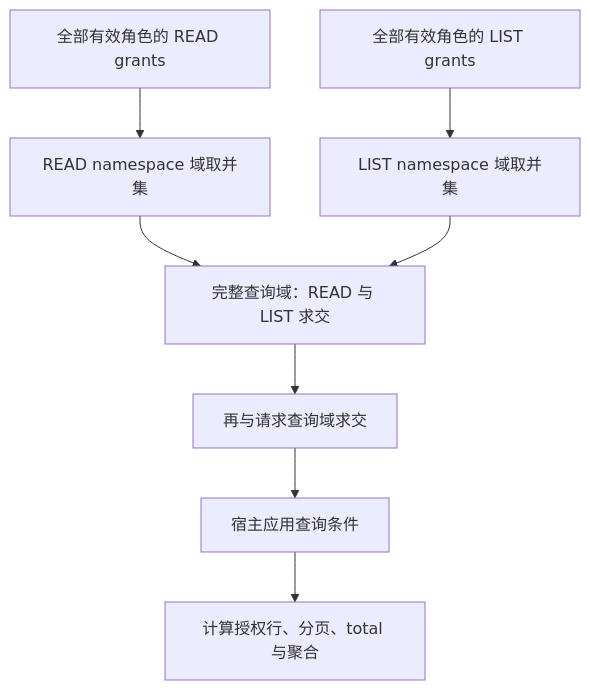
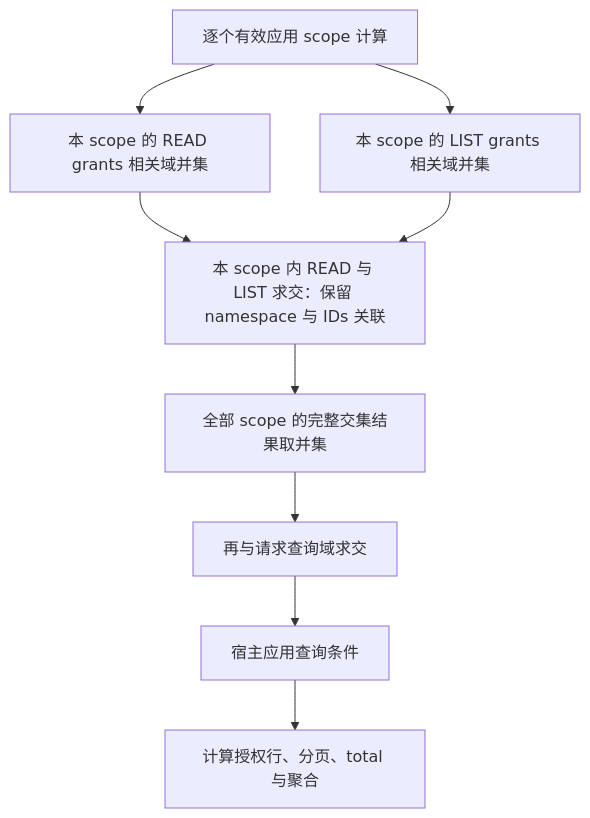
One commit to ai-specs/kestra-plugin-rbac changed the fourth of 5 diagrams in docs/authorization-flow.md. Above: the diagram before and after it, drawn with Mermaid. The commit also changed other lines of this file and 39 other files, not shown here.

````diff
--- a/docs/authorization-flow.md
+++ b/docs/authorization-flow.md
@@ -153,10 +153,11 @@
 ```mermaid
 flowchart TD
-    R[全部有效角色的 READ grants] --> RU[READ namespace 域取并集]
-    L[全部有效角色的 LIST grants] --> LU[LIST namespace 域取并集]
-    RU --> Q[完整查询域：READ 与 LIST 求交]
-    LU --> Q
-    Q --> F[再与请求查询域求交]
+    S[逐个有效应用 scope 计算] --> R[本 scope 的 READ grants 相关域并集]
+    S --> L[本 scope 的 LIST grants 相关域并集]
+    R --> Q[本 scope 内 READ 与 LIST 求交：保留 namespace 与 IDs 关联]
+    L --> Q
+    Q --> U[全部 scope 的完整交集结果取并集]
+    U --> F[再与请求查询域求交]
     F --> SQL[宿主应用查询条件]
     SQL --> T[计算授权行、分页、total 与聚合]
 ```
````
